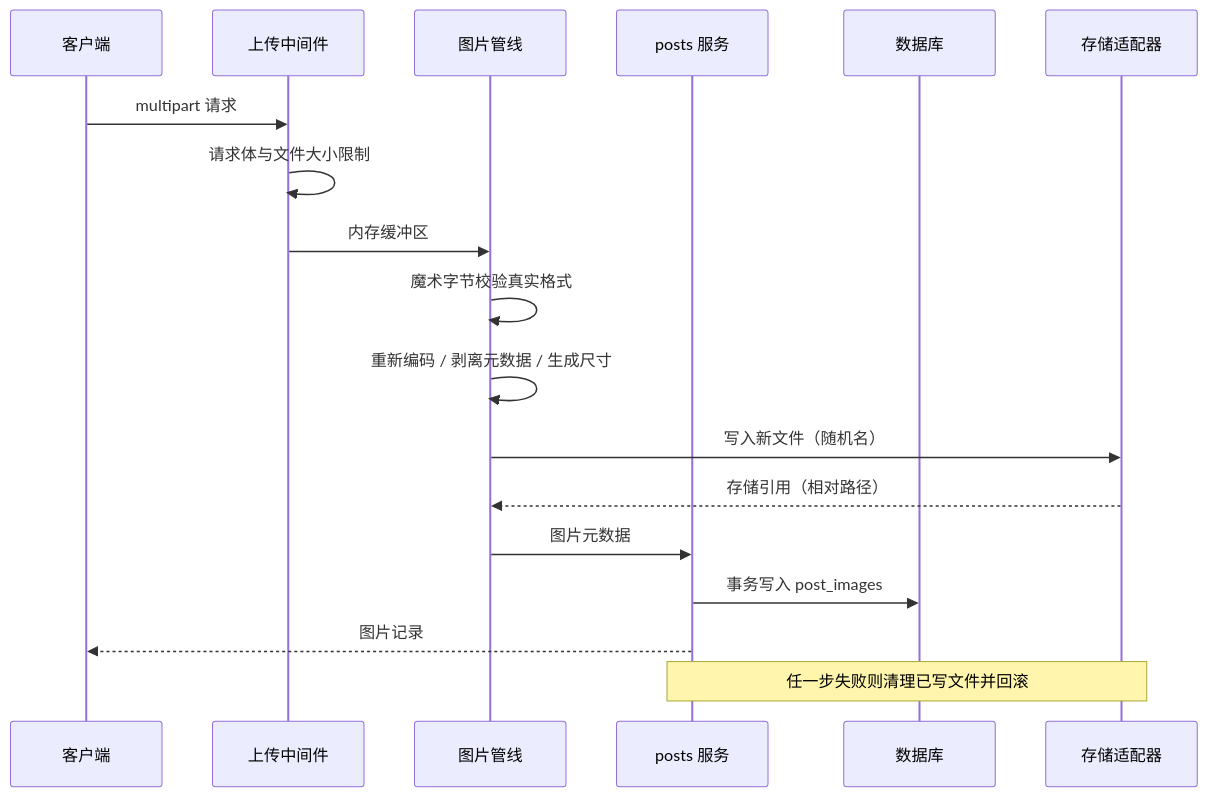
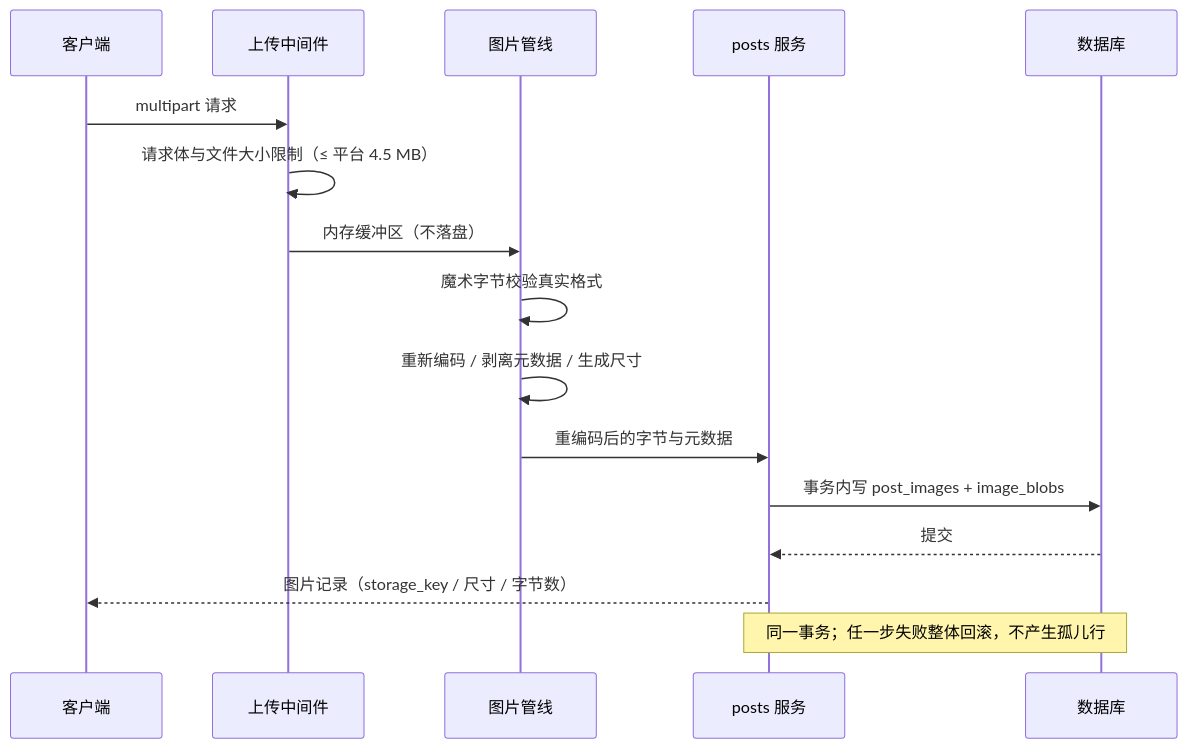
The sixth of 6 diagrams in docs/ARCHITECTURE.md (xiaoyu-hue/starpal), drawn with Mermaid before and after one commit. The commit also changed other lines of this file and 6 other files, not shown here.

````diff
--- a/docs/ARCHITECTURE.md
+++ b/docs/ARCHITECTURE.md
@@ -1025,20 +1043,18 @@
 ```mermaid
 sequenceDiagram
     participant C as 客户端
     participant M as 上传中间件
     participant P as 图片管线
     participant S as posts 服务
     participant D as 数据库
-    participant F as 存储适配器
     C->>M: multipart 请求
-    M->>M: 请求体与文件大小限制
-    M->>P: 内存缓冲区
+    M->>M: 请求体与文件大小限制（≤ 平台 4.5 MB）
+    M->>P: 内存缓冲区（不落盘）
     P->>P: 魔术字节校验真实格式
     P->>P: 重新编码 / 剥离元数据 / 生成尺寸
-    P->>F: 写入新文件（随机名）
-    F-->>P: 存储引用（相对路径）
-    P->>S: 图片元数据
-    S->>D: 事务写入 post_images
-    S-->>C: 图片记录
-    Note over S,F: 任一步失败则清理已写文件并回滚
+    P->>S: 重编码后的字节与元数据
+    S->>D: 事务内写 post_images + image_blobs
+    D-->>S: 提交
+    S-->>C: 图片记录（storage_key / 尺寸 / 字节数）
+    Note over S,D: 同一事务；任一步失败整体回滚，不产生孤儿行
 ```
````
